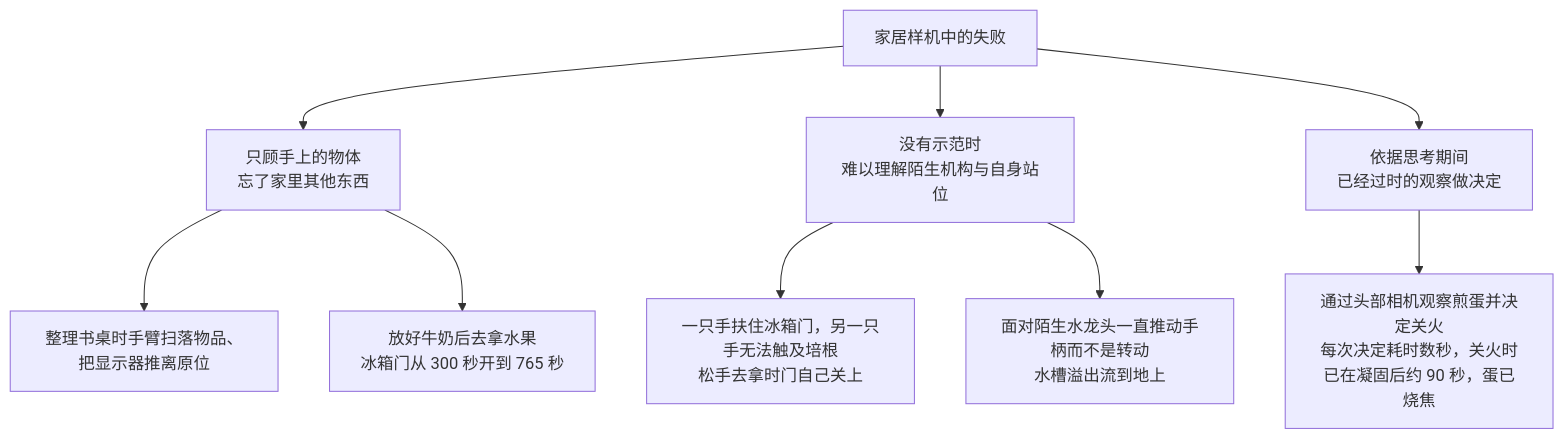
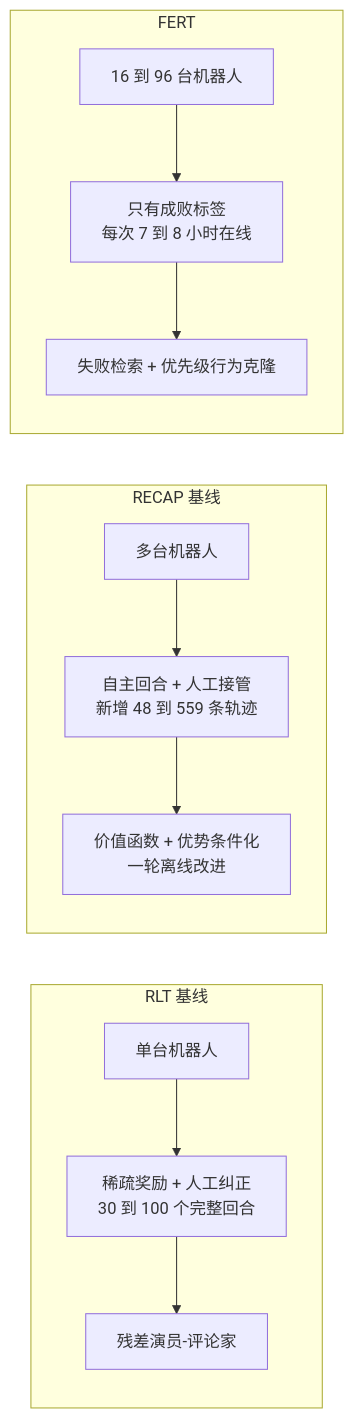
Before and after one commit to yingwang/paper-reads: the seventh of 7 diagrams in docs/index.md, drawn with Mermaid. The commit also changed other lines of this file and 2 other files, not shown here.

````diff
--- a/docs/index.md
+++ b/docs/index.md
@@ -321,11 +341,12 @@
 ```mermaid
-graph TD
-    F["家居样机中的失败"] --> F1["只顾手上的物体<br/>忘了家里其他东西"]
-    F --> F2["没有示范时<br/>难以理解陌生机构与自身站位"]
-    F --> F3["依据思考期间<br/>已经过时的观察做决定"]
-    F1 --> e1["整理书桌时手臂扫落物品、把显示器推离原位"]
-    F1 --> e2["放好牛奶后去拿水果<br/>冰箱门从 300 秒开到 765 秒"]
-    F2 --> e3["一只手扶住冰箱门，另一只手无法触及培根<br/>松手去拿时门自己关上"]
-    F2 --> e4["面对陌生水龙头一直推动手柄而不是转动<br/>水槽溢出流到地上"]
-    F3 --> e5["通过头部相机观察煎蛋并决定关火<br/>每次决定耗时数秒，关火时已在凝固后约 90 秒，蛋已烧焦"]
+flowchart LR
+    subgraph RLT["RLT 基线"]
+        A1["单台机器人"] --> A2["稀疏奖励 + 人工纠正<br/>30 到 100 个完整回合"] --> A3["残差演员-评论家"]
+    end
+    subgraph RECAP["RECAP 基线"]
+        B1["多台机器人"] --> B2["自主回合 + 人工接管<br/>新增 48 到 559 条轨迹"] --> B3["价值函数 + 优势条件化<br/>一轮离线改进"]
+    end
+    subgraph FERT["FERT"]
+        C1["16 到 96 台机器人"] --> C2["只有成败标签<br/>每次 7 到 8 小时在线"] --> C3["失败检索 + 优先级行为克隆"]
+    end
 ```
````
